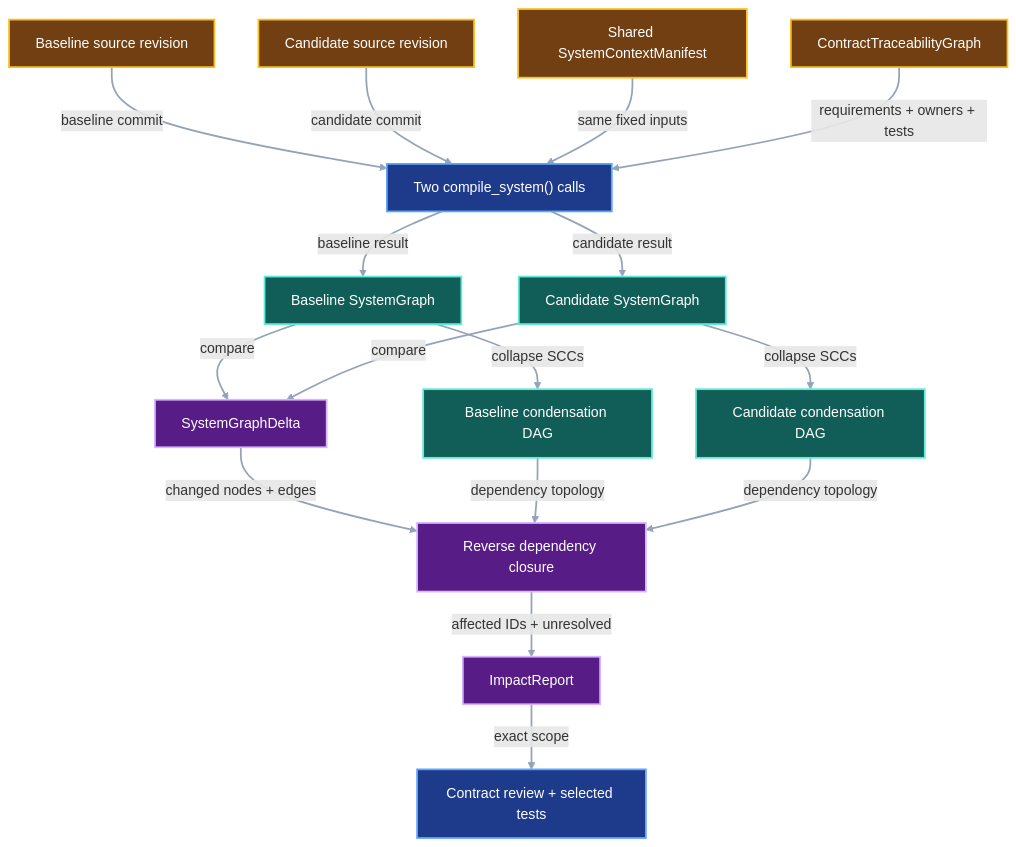
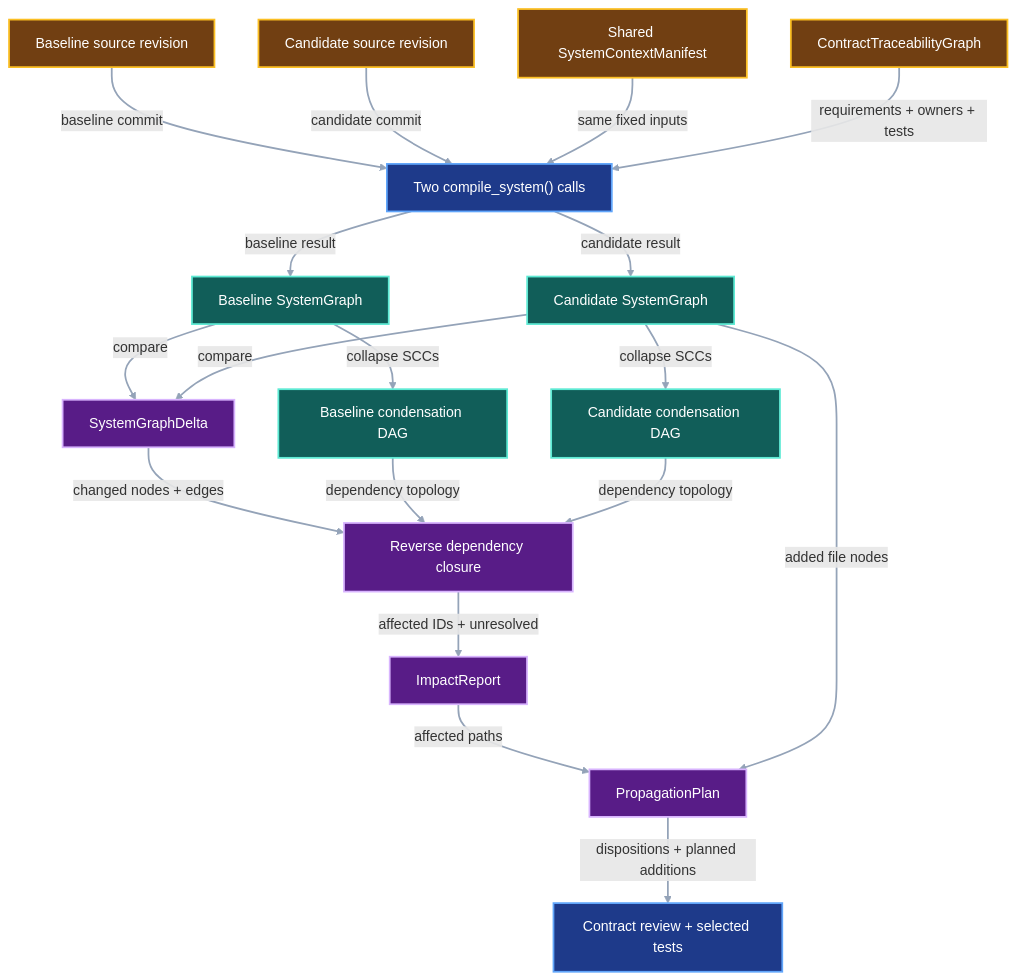
One commit to pvd232/viper changed the third of 3 diagrams in docs/development/system-impact-graph.md. Above: the diagram before and after it, drawn with Mermaid. The commit also changed other lines of this file and 4 other files, not shown here.

````diff
--- a/docs/development/system-impact-graph.md
+++ b/docs/development/system-impact-graph.md
@@ -192,43 +200,46 @@
 ```mermaid
 flowchart TD
     Baseline["Baseline source revision"]
     Candidate["Candidate source revision"]
     Context["Shared SystemContextManifest"]
     Traceability["ContractTraceabilityGraph"]
     Compile["Two compile_system() calls"]
     BaseGraph["Baseline SystemGraph"]
     CandidateGraph["Candidate SystemGraph"]
     BaseDAG["Baseline condensation DAG"]
     CandidateDAG["Candidate condensation DAG"]
     Delta["SystemGraphDelta"]
     Closure["Reverse dependency closure"]
     Report["ImpactReport"]
+    Plan["PropagationPlan"]
     Review["Contract review + selected tests"]
 
     Baseline -->|"baseline commit"| Compile
     Candidate -->|"candidate commit"| Compile
     Context -->|"same fixed inputs"| Compile
     Traceability -->|"requirements + owners + tests"| Compile
     Compile -->|"baseline result"| BaseGraph
     Compile -->|"candidate result"| CandidateGraph
     BaseGraph -->|"collapse SCCs"| BaseDAG
     CandidateGraph -->|"collapse SCCs"| CandidateDAG
     BaseGraph -->|"compare"| Delta
     CandidateGraph -->|"compare"| Delta
     Delta -->|"changed nodes + edges"| Closure
     BaseDAG -->|"dependency topology"| Closure
     CandidateDAG -->|"dependency topology"| Closure
     Closure -->|"affected IDs + unresolved"| Report
-    Report -->|"exact scope"| Review
+    Report -->|"affected paths"| Plan
+    CandidateGraph -->|"added file nodes"| Plan
+    Plan -->|"dispositions + planned additions"| Review
 
     class Baseline,Candidate,Context,Traceability input
     class Compile consumer
     class BaseGraph,CandidateGraph,BaseDAG,CandidateDAG evidence
-    class Delta,Closure,Report output
+    class Delta,Closure,Report,Plan output
     class Review consumer
     classDef input fill:#713f12,stroke:#fbbf24,color:#ffffff,stroke-width:2px
     classDef evidence fill:#115e59,stroke:#5eead4,color:#ffffff,stroke-width:2px
     classDef output fill:#581c87,stroke:#d8b4fe,color:#ffffff,stroke-width:2px
     classDef consumer fill:#1e3a8a,stroke:#60a5fa,color:#ffffff,stroke-width:2px
     linkStyle default stroke:#94a3b8,stroke-width:2px
 ```
````
